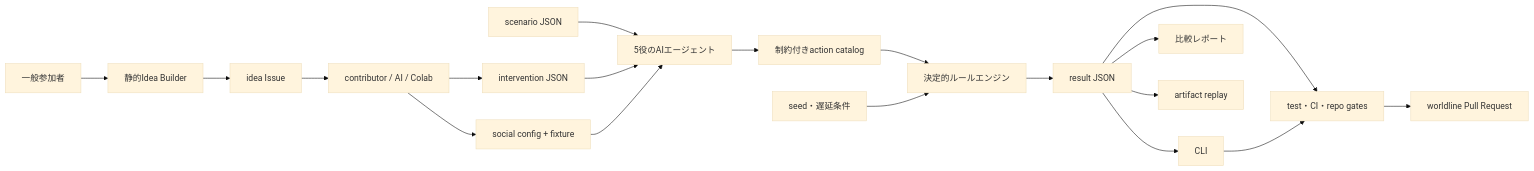
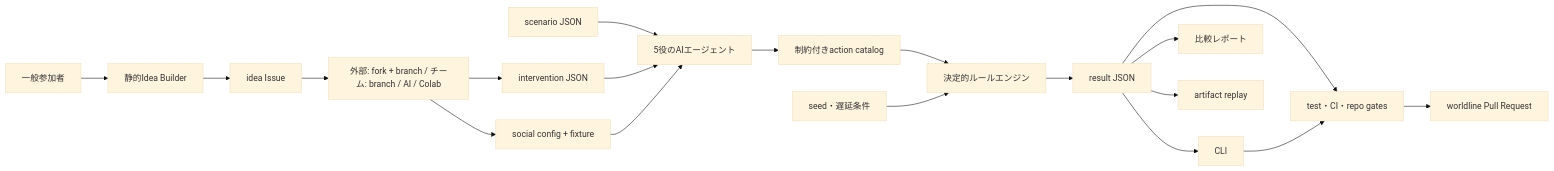
The diagram in docs/architecture.md (nexus-ai-2045/fiction-forks), drawn with Mermaid (base theme) before and after one commit. The commit also changed 10 other files, not shown here.

````diff
--- a/docs/architecture.md
+++ b/docs/architecture.md
@@ -7,21 +7,21 @@
 ```mermaid
 flowchart LR
     participant["一般参加者"] --> builder["静的Idea Builder"]
     builder --> issue["idea Issue"]
-    issue --> contributor["contributor / AI / Colab"]
+    issue --> contributor["外部: fork + branch / チーム: branch / AI / Colab"]
     contributor --> intervention["intervention JSON"]
     contributor --> socialInput["social config + fixture"]
     scenario["scenario JSON"] --> agents["5役のAIエージェント"]
     intervention --> agents
     socialInput --> agents
     agents --> catalog["制約付きaction catalog"]
     catalog --> engine["決定的ルールエンジン"]
     seed["seed・遅延条件"] --> engine
     engine --> result["result JSON"]
     result --> cli["CLI"]
     result --> checks["PR check summary"]
     result --> report["比較レポート"]
     result --> replay["artifact replay"]
     cli --> checks["test・CI・repo gates"]
     checks --> pullRequest["worldline Pull Request"]
 ```
````
